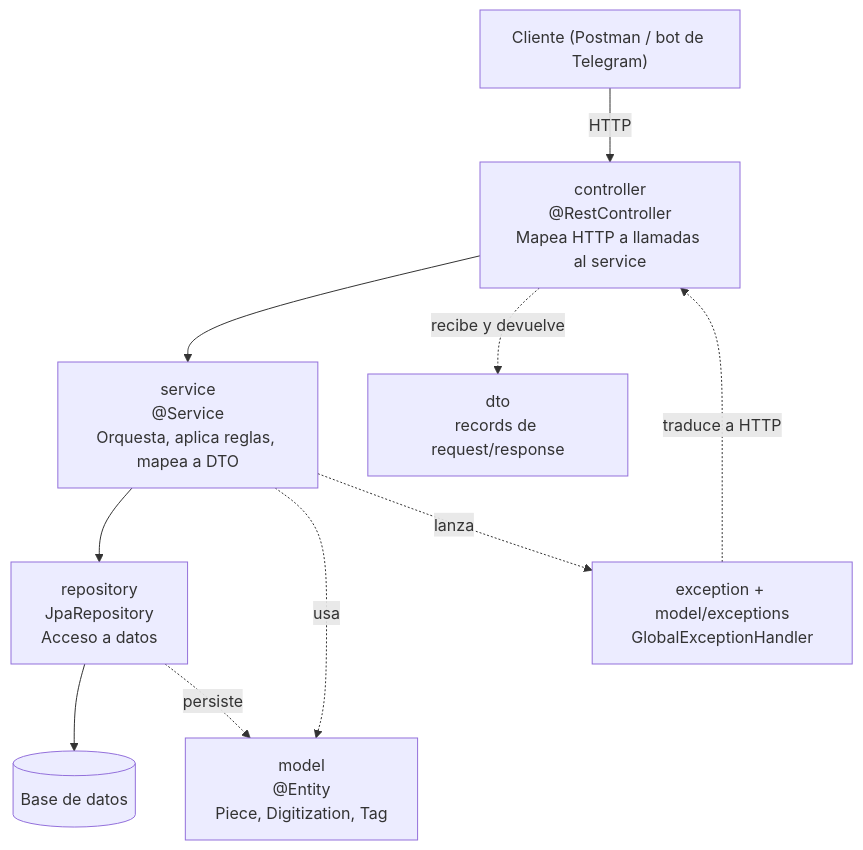
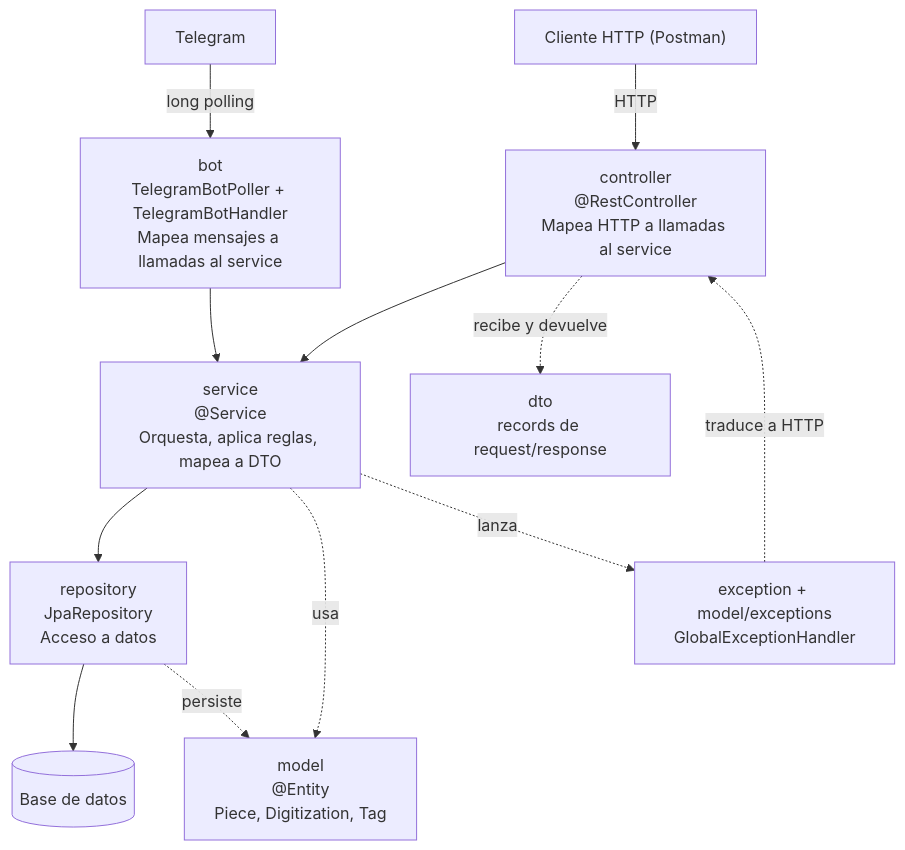
Before and after one commit to nicolasgemignani/archivo-digital-Nicolas-Gemignani: the third of 5 diagrams in ARCHITECTURE.md, drawn with Mermaid. The commit also changed other lines of this file and 2 other files, not shown here.

Commit message:
Actualizo README, ARCHITECTURE y Backlog

````diff
--- a/ARCHITECTURE.md
+++ b/ARCHITECTURE.md
@@ -124,21 +124,25 @@
 ```mermaid
 flowchart TD
-    client["Cliente (Postman / bot de Telegram)"]
+    client["Cliente HTTP (Postman)"]
+    telegram["Telegram"]
     controller["controller<br/>@RestController<br/>Mapea HTTP a llamadas al service"]
+    bot["bot<br/>TelegramBotPoller + TelegramBotHandler<br/>Mapea mensajes a llamadas al service"]
     service["service<br/>@Service<br/>Orquesta, aplica reglas, mapea a DTO"]
     repository["repository<br/>JpaRepository<br/>Acceso a datos"]
     model["model<br/>@Entity<br/>Piece, Digitization, Tag"]
     db[("Base de datos")]
     dto["dto<br/>records de request/response"]
     exceptions["exception + model/exceptions<br/>GlobalExceptionHandler"]
 
     client -->|HTTP| controller
+    telegram -->|long polling| bot
     controller --> service
+    bot --> service
     service --> repository
     repository --> db
     service -.usa.-> model
     repository -.persiste.-> model
     controller -.recibe y devuelve.-> dto
     service -.lanza.-> exceptions
     exceptions -.traduce a HTTP.-> controller
 ```
````
